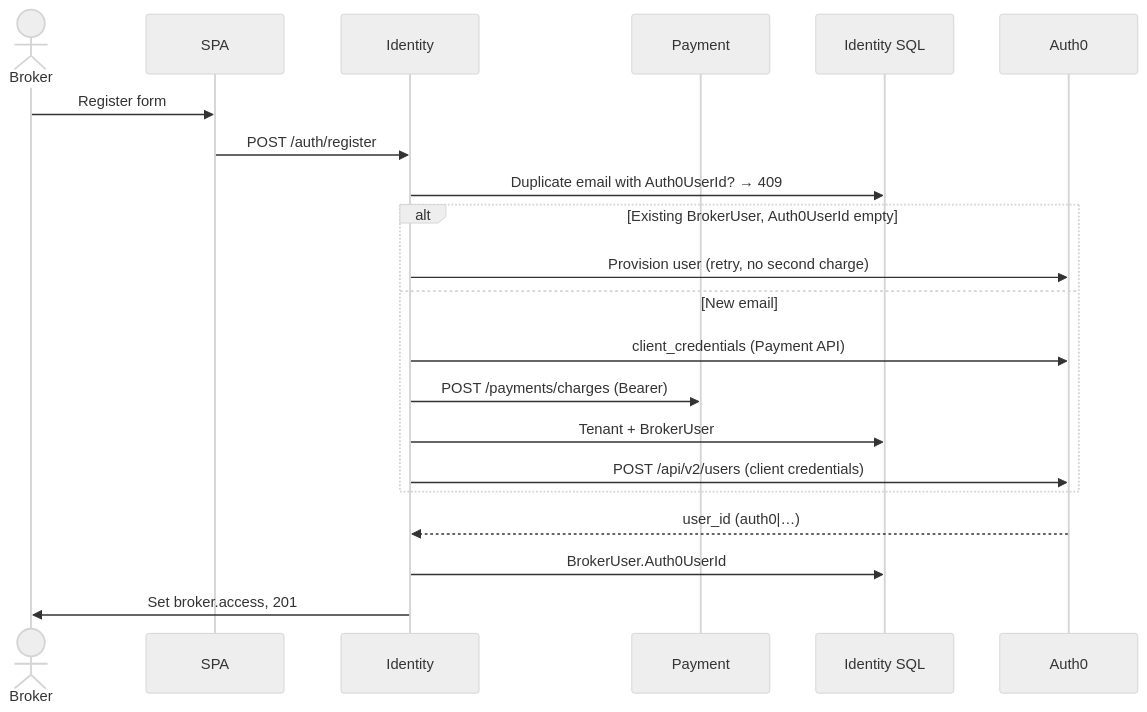
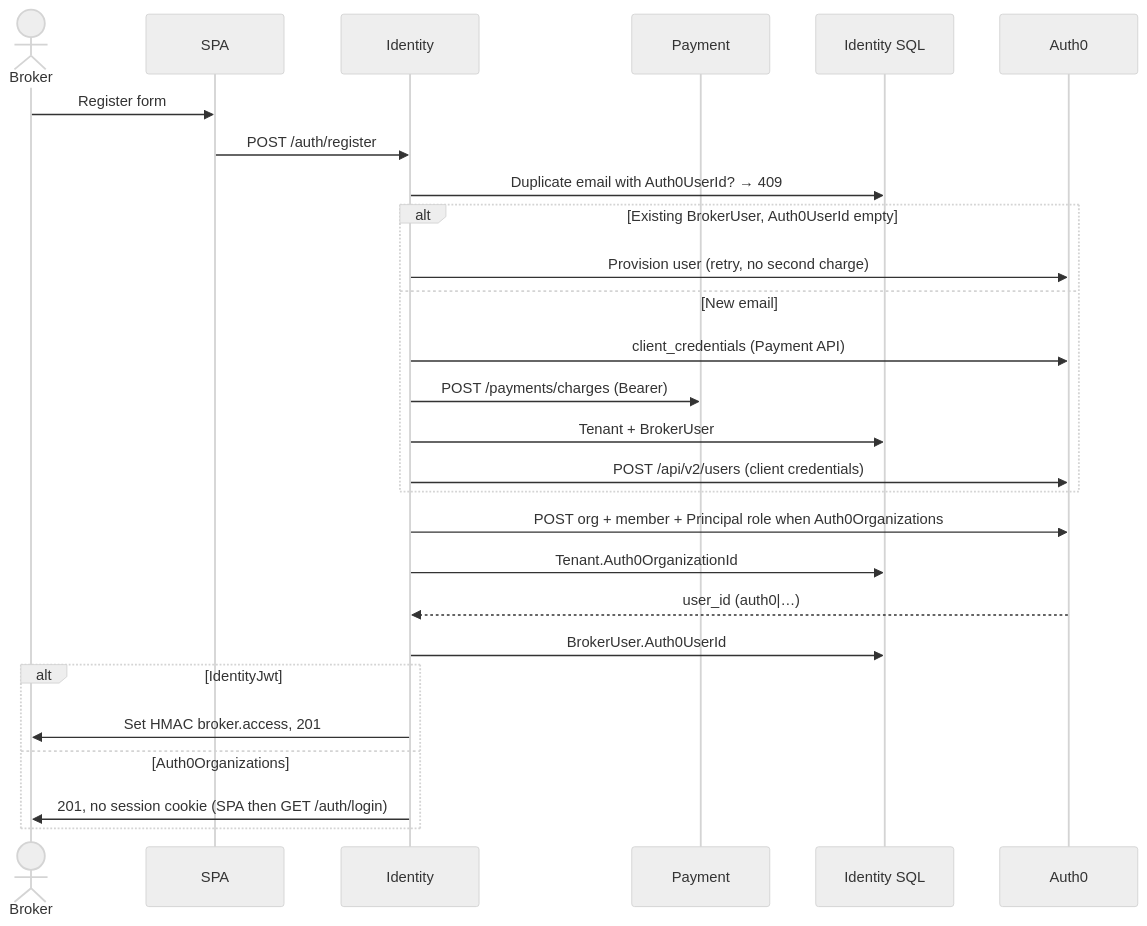
One commit to janitha000/broker-platform-api changed the fourth of 5 diagrams in AUTH.md. Above: the diagram before and after it, drawn with Mermaid (neutral theme). The commit also changed other lines of this file and 39 other files, not shown here.

````diff
--- a/AUTH.md
+++ b/AUTH.md
@@ -208,24 +248,30 @@
 ```mermaid
 sequenceDiagram
     actor Broker
     participant SPA
     participant Identity
     participant Payment
     participant DB as Identity SQL
     participant Auth0
 
     Broker->>SPA: Register form
     SPA->>Identity: POST /auth/register
     Identity->>DB: Duplicate email with Auth0UserId? → 409
     alt Existing BrokerUser, Auth0UserId empty
         Identity->>Auth0: Provision user (retry, no second charge)
     else New email
         Identity->>Auth0: client_credentials (Payment API)
         Identity->>Payment: POST /payments/charges (Bearer)
         Identity->>DB: Tenant + BrokerUser
         Identity->>Auth0: POST /api/v2/users (client credentials)
     end
+    Identity->>Auth0: POST org + member + Principal role when Auth0Organizations
+    Identity->>DB: Tenant.Auth0OrganizationId
     Auth0-->>Identity: user_id (auth0|…)
     Identity->>DB: BrokerUser.Auth0UserId
-    Identity->>Broker: Set broker.access, 201
+    alt IdentityJwt
+        Identity->>Broker: Set HMAC broker.access, 201
+    else Auth0Organizations
+        Identity->>Broker: 201, no session cookie (SPA then GET /auth/login)
+    end
 ```
````
